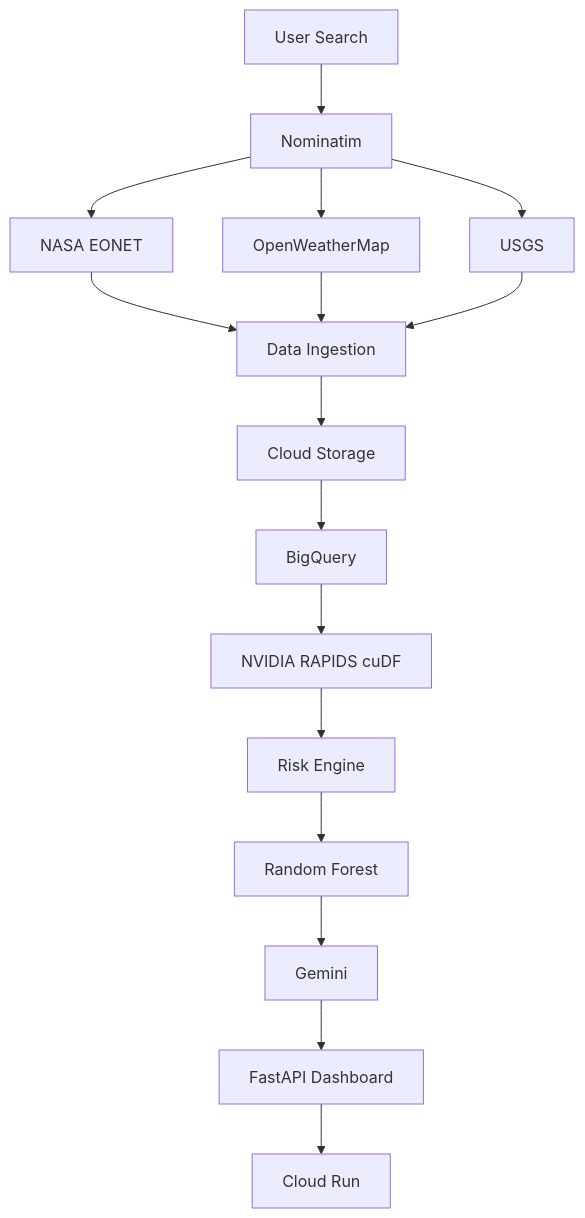
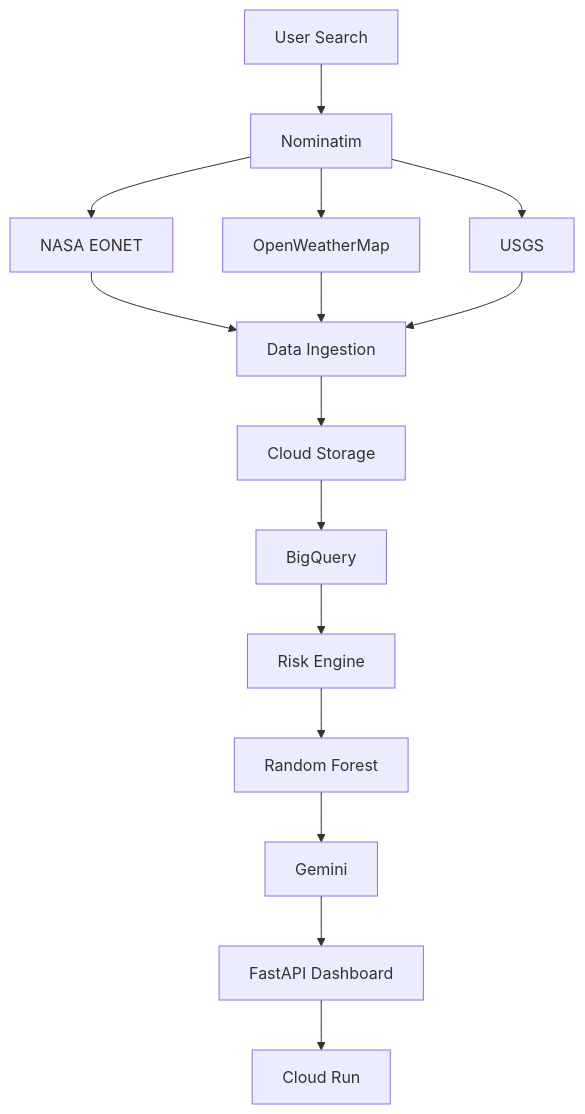
The first of 2 diagrams in README.md (Ak-Nobelwolf/RiskSense-AI), drawn with Mermaid before and after one commit. The commit also changed other lines of this file and 4 other files, not shown here.

````diff
--- a/README.md
+++ b/README.md
@@ -166,30 +163,28 @@
 ```mermaid
 flowchart TD
 
 A[User Search]
 --> B[Nominatim]
 
 B --> C[NASA EONET]
 B --> D[OpenWeatherMap]
 B --> E[USGS]
 
 C --> F[Data Ingestion]
 D --> F
 E --> F
 
 F --> G[Cloud Storage]
 
 G --> H[BigQuery]
 
-H --> I[NVIDIA RAPIDS cuDF]
+H --> I[Risk Engine]
 
-I --> J[Risk Engine]
+I --> J[Random Forest]
 
-J --> K[Random Forest]
+J --> K[Gemini]
 
-K --> L[Gemini]
+K --> L[FastAPI Dashboard]
 
-L --> M[FastAPI Dashboard]
-
-M --> N[Cloud Run]
+L --> M[Cloud Run]
 ```
````
